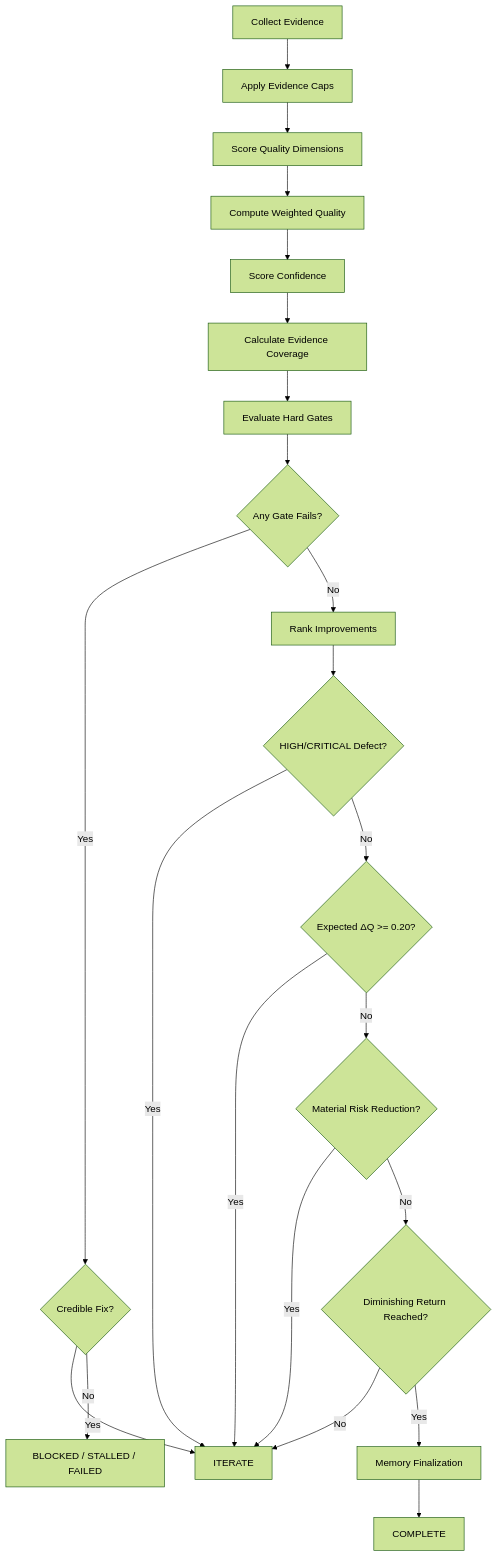
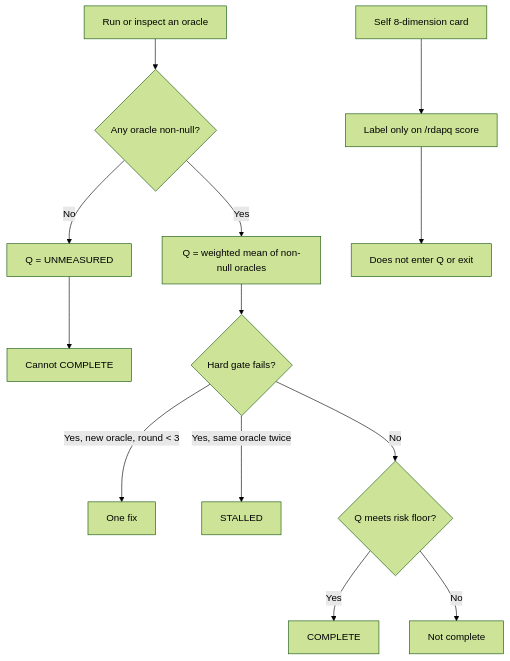
The diagram in rdap-q-skill/diagrams/rdapq-score-decision.mmd (coldcanuk/rdapq), drawn with Mermaid (forest theme) before and after one commit. The commit also changed 15 other files, not shown here.

```diff
--- a/rdap-q-skill/diagrams/rdapq-score-decision.mmd
+++ b/rdap-q-skill/diagrams/rdapq-score-decision.mmd
@@ -1,24 +1,13 @@
 flowchart TD
-    A[Collect Evidence] --> B[Apply Evidence Caps]
-    B --> C[Score Quality Dimensions]
-    C --> D[Compute Weighted Quality]
-    D --> E[Score Confidence]
-    E --> F[Calculate Evidence Coverage]
-    F --> G[Evaluate Hard Gates]
-
-    G --> H{Any Gate Fails?}
-    H -- Yes --> I{Credible Fix?}
-    I -- Yes --> J[ITERATE]
-    I -- No --> K[BLOCKED / STALLED / FAILED]
-
-    H -- No --> L[Rank Improvements]
-    L --> M{HIGH/CRITICAL Defect?}
-    M -- Yes --> J
-    M -- No --> N{Expected ΔQ >= 0.20?}
-    N -- Yes --> J
-    N -- No --> O{Material Risk Reduction?}
-    O -- Yes --> J
-    O -- No --> P{Diminishing Return Reached?}
-    P -- No --> J
-    P -- Yes --> Q[Memory Finalization]
-    Q --> R[COMPLETE]
+    A[Run or inspect an oracle] --> B{Any oracle non-null?}
+    B -- No --> C[Q = UNMEASURED]
+    C --> D[Cannot COMPLETE]
+    B -- Yes --> E["Q = weighted mean of non-null oracles"]
+    E --> F{Hard gate fails?}
+    F -- Yes, new oracle, round < 3 --> G[One fix]
+    F -- Yes, same oracle twice --> H[STALLED]
+    F -- No --> I{Q meets risk floor?}
+    I -- Yes --> J[COMPLETE]
+    I -- No --> K[Not complete]
+    L[Self 8-dimension card] --> M[Label only on /rdapq score]
+    M --> N[Does not enter Q or exit]
```
